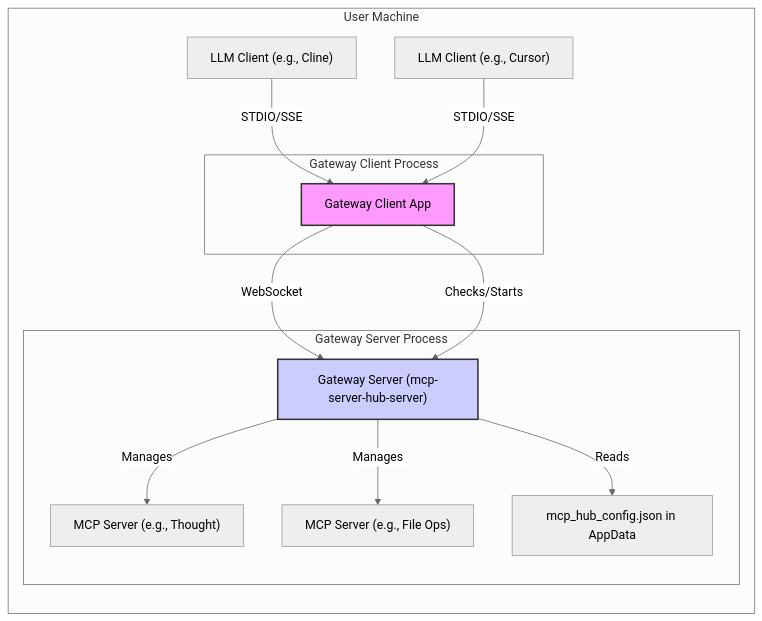
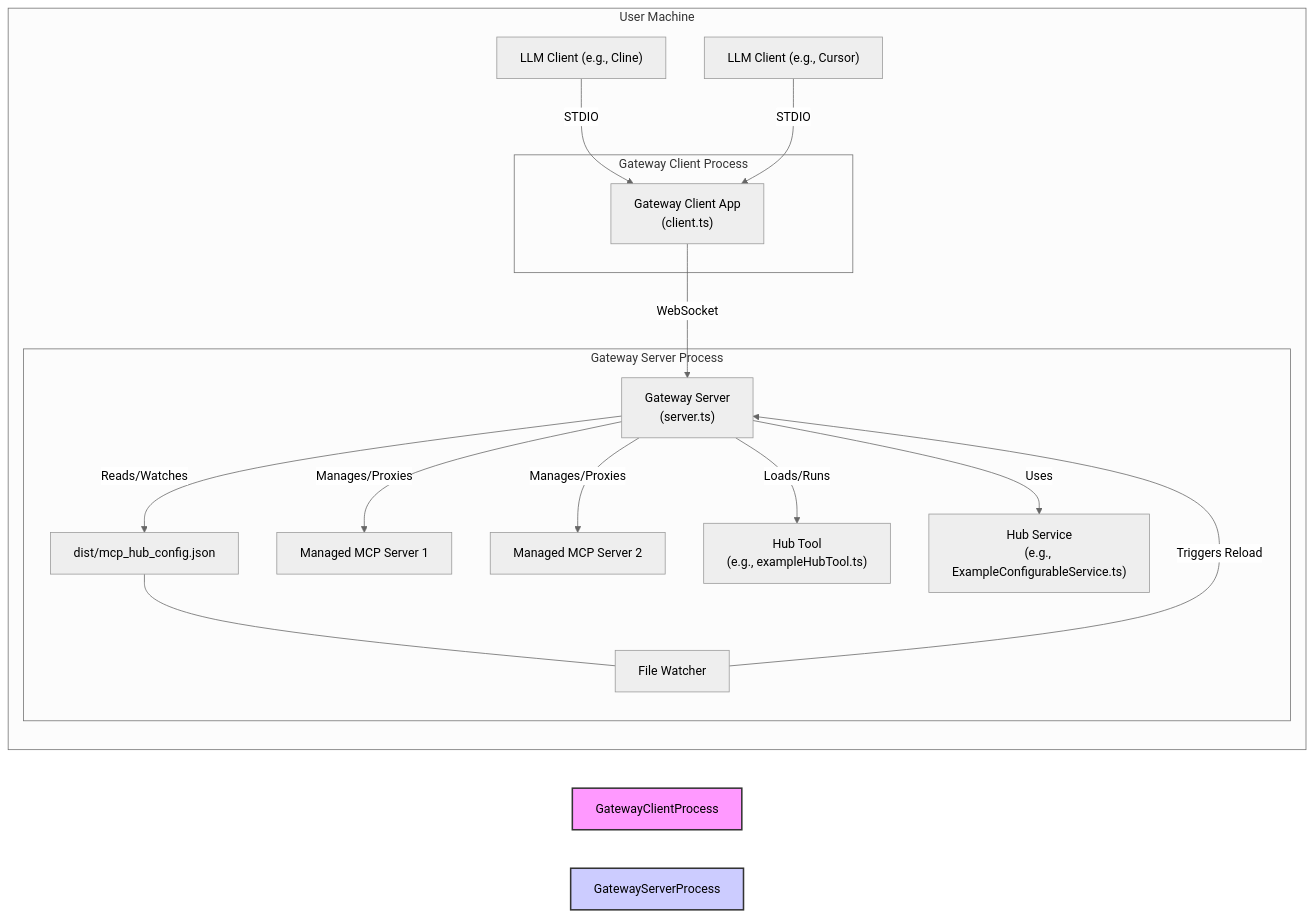
Before and after one commit to bsmi021/mcp-server-hub-server: the diagram in README.md, drawn with Mermaid (neutral theme). The commit also changed other lines of this file and 13 other files, not shown here.

````diff
--- a/README.md
+++ b/README.md
@@ -26,29 +30,33 @@
 ```mermaid
 flowchart LR
     subgraph "User Machine"
         LLM_Client1["LLM Client (e.g., Cline)"]
         LLM_Client2["LLM Client (e.g., Cursor)"]
-        
+
         subgraph "Gateway Client Process"
-            GatewayClient["Gateway Client App"]
+            style GatewayClientProcess fill:#f9f,stroke:#333,stroke-width:2px
+            GatewayClient["Gateway Client App\n(client.ts)"]
         end
-        
+
         subgraph "Gateway Server Process"
-            GatewayServer["Gateway Server (mcp-server-hub-server)"]
-            MCPServer1["MCP Server (e.g., Thought)"]
-            MCPServer2["MCP Server (e.g., File Ops)"]
-            ConfigFile["mcp_hub_config.json in AppData"]
+            style GatewayServerProcess fill:#ccf,stroke:#333,stroke-width:2px
+            GatewayServer["Gateway Server\n(server.ts)"]
+            ConfigFile["dist/mcp_hub_config.json"] --- Watcher["File Watcher"]
+            Watcher -- "Triggers Reload" --> GatewayServer
+            MCPServer1["Managed MCP Server 1"]
+            MCPServer2["Managed MCP Server 2"]
+            HubTool["Hub Tool\n(e.g., exampleHubTool.ts)"]
+            HubService["Hub Service\n(e.g., ExampleConfigurableService.ts)"]
         end
     end
-    
-    LLM_Client1 -- "STDIO/SSE" --> GatewayClient
-    LLM_Client2 -- "STDIO/SSE" --> GatewayClient
+
+    LLM_Client1 -- "STDIO" --> GatewayClient
+    LLM_Client2 -- "STDIO" --> GatewayClient
     GatewayClient -- "WebSocket" --> GatewayServer
-    GatewayServer -- "Manages" --> MCPServer1
-    GatewayServer -- "Manages" --> MCPServer2
-    GatewayServer -- "Reads" --> ConfigFile
-    GatewayClient -- "Checks/Starts" --> GatewayServer
-    
-    style GatewayClient fill:#f9f,stroke:#333,stroke-width:2px
-    style GatewayServer fill:#ccf,stroke:#333,stroke-width:2px
+    GatewayServer -- "Manages/Proxies" --> MCPServer1
+    GatewayServer -- "Manages/Proxies" --> MCPServer2
+    GatewayServer -- "Loads/Runs" --> HubTool
+    GatewayServer -- "Uses" --> HubService
+    GatewayServer -- "Reads/Watches" --> ConfigFile
+
 ```
````
